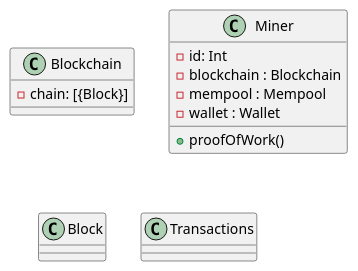
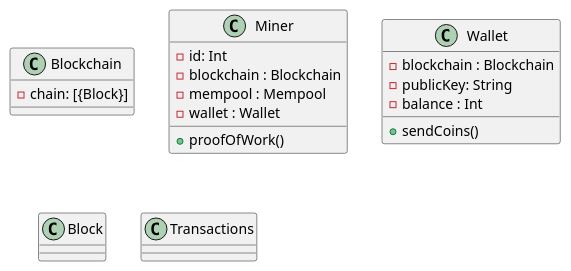
One commit to valleria-web/blockchain_prototype changed the diagram in blockchainV1.plantUML. Above: the diagram before and after it, drawn with PlantUML. The commit also changed 5 other files, not shown here.

```diff
--- a/blockchainV1.plantUML
+++ b/blockchainV1.plantUML
@@ -1,22 +1,29 @@
 @startuml blockchainV1 
 
 class Blockchain {
   - chain: [{Block}]
 }
 
 class Miner {
   - id: Int
   - blockchain : Blockchain
   - mempool : Mempool
   - wallet : Wallet
   + proofOfWork()
 }
 
+class Wallet  {
+  - blockchain : Blockchain
+  - publicKey: String
+  - balance : Int
+  + sendCoins()
+}
+
 
 class Block{
 }
 
 class Transactions {
 }
 
 @enduml
```
